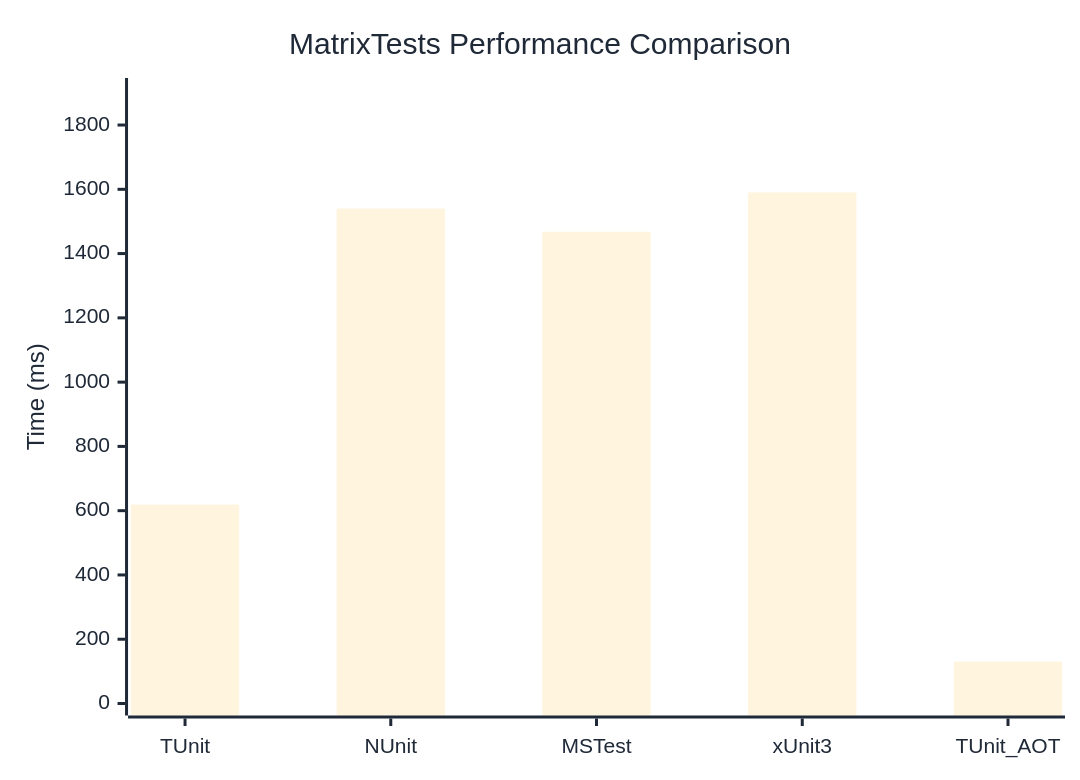
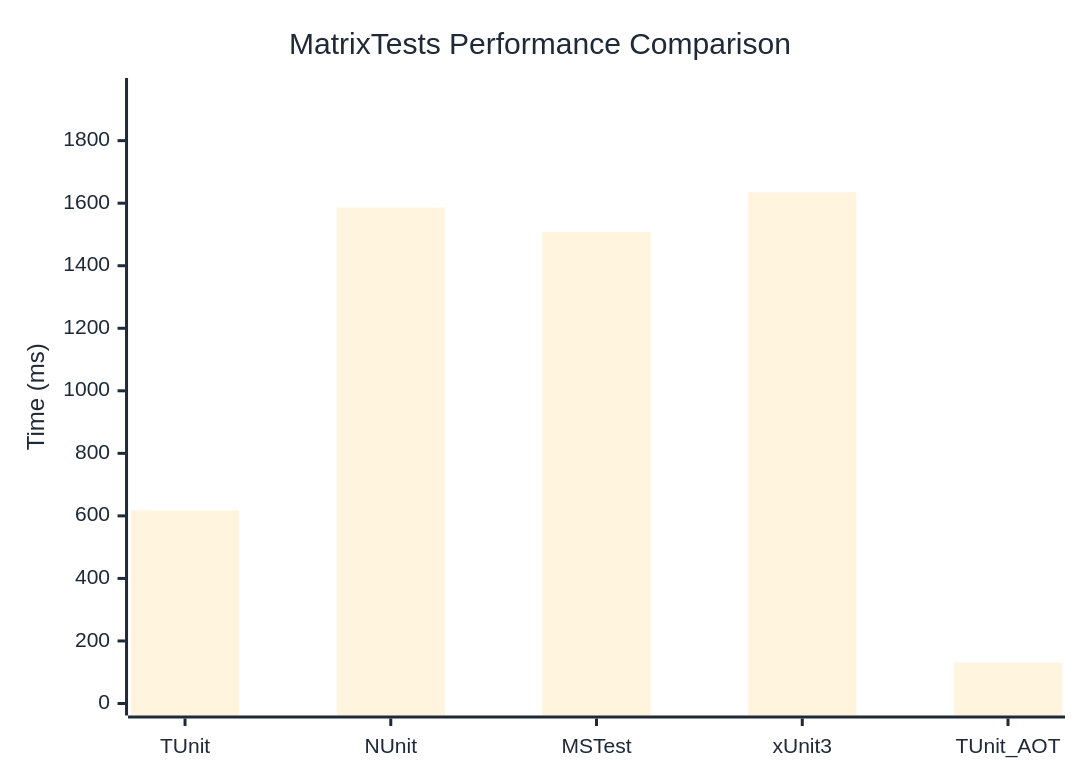
One commit to thomhurst/TUnit changed the diagram in docs/docs/benchmarks/MatrixTests.md. Above: the diagram before and after it, drawn with Mermaid. The commit also changed other lines of this file and 17 other files, not shown here.

````diff
--- a/docs/docs/benchmarks/MatrixTests.md
+++ b/docs/docs/benchmarks/MatrixTests.md
@@ -27,37 +27,37 @@
 ```mermaid
 %%{init: {
   'theme':'base',
   'themeVariables': {
     'primaryColor': '#2563eb',
     'primaryTextColor': '#1f2937',
     'primaryBorderColor': '#1e40af',
     'lineColor': '#6b7280',
     'secondaryColor': '#7c3aed',
     'tertiaryColor': '#dc2626',
     'background': '#ffffff',
     'mainBkg': '#2563eb',
     'secondBkg': '#7c3aed',
     'tertiaryBkg': '#dc2626',
     'clusterBkg': '#f3f4f6',
     'edgeLabelBackground': '#ffffff',
     'tertiaryTextColor': '#1f2937',
     'pie1': '#2563eb',
     'pie2': '#7c3aed',
     'pie3': '#dc2626',
     'pie4': '#f59e0b',
     'pie5': '#10b981',
     'pie6': '#06b6d4',
     'pie7': '#ec4899',
     'pie8': '#6366f1',
     'pie9': '#84cc16',
     'pie10': '#f97316',
     'pie11': '#14b8a6',
     'pie12': '#a855f7'
   }
 }}%%
 xychart-beta
   title "MatrixTests Performance Comparison"
   x-axis ["TUnit", "NUnit", "MSTest", "xUnit3", "TUnit_AOT"]
-  y-axis "Time (ms)" 0 --> 1909
-  bar [618.9, 1540.1, 1467.8, 1590.2, 130.3]
+  y-axis "Time (ms)" 0 --> 1962
+  bar [617.7, 1585.8, 1508, 1634.9, 130.9]
 ```
````
